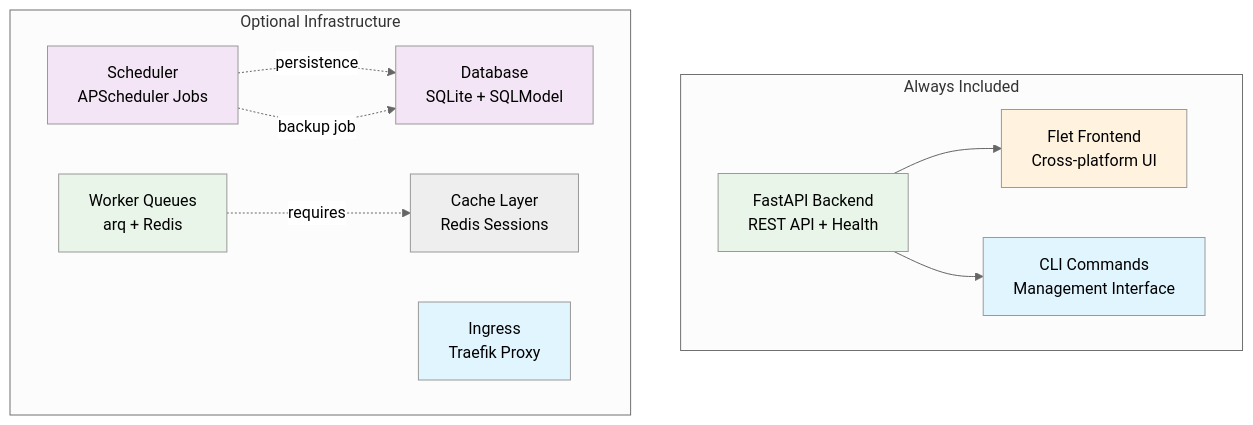
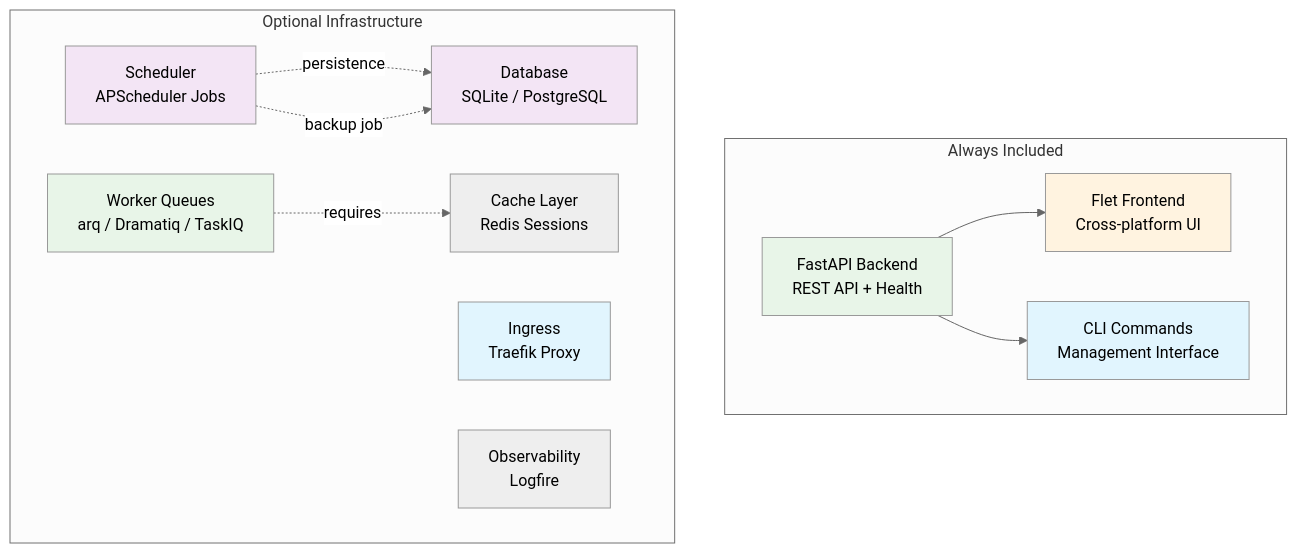
The first of 2 diagrams in docs/components/index.md (bhardwajRahul/aegis-stack), drawn with Mermaid (neutral theme) before and after one commit. The commit also changed other lines of this file and 43 other files, not shown here.

````diff
--- a/docs/components/index.md
+++ b/docs/components/index.md
@@ -25,31 +25,32 @@
 ```mermaid
 graph TB
     subgraph "Always Included"
         API[FastAPI Backend<br/>REST API + Health]
         Frontend[Flet Frontend<br/>Cross-platform UI]
         CLI[CLI Commands<br/>Management Interface]
     end
     
     subgraph "Optional Infrastructure"
         Scheduler[Scheduler<br/>APScheduler Jobs]
-        Database[Database<br/>SQLite + SQLModel]
-        Worker[Worker Queues<br/>arq + Redis]
+        Database[Database<br/>SQLite / PostgreSQL]
+        Worker[Worker Queues<br/>arq / Dramatiq / TaskIQ]
         Ingress[Ingress<br/>Traefik Proxy]
+        Observability[Observability<br/>Logfire]
         Cache[Cache Layer<br/>Redis Sessions]
     end
     
     API --> Frontend
     API --> CLI
     
     Scheduler -.->|persistence| Database
     Worker -.->|requires| Cache
     Scheduler -.->|backup job| Database
     
     style API fill:#e8f5e8
     style Frontend fill:#fff3e0  
     style CLI fill:#e1f5fe
     style Scheduler fill:#f3e5f5
     style Database fill:#f3e5f5
     style Worker fill:#e8f5e8
     style Ingress fill:#e1f5fe
 ```
````
